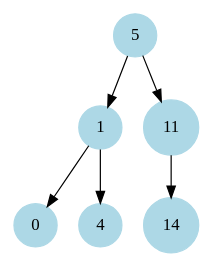
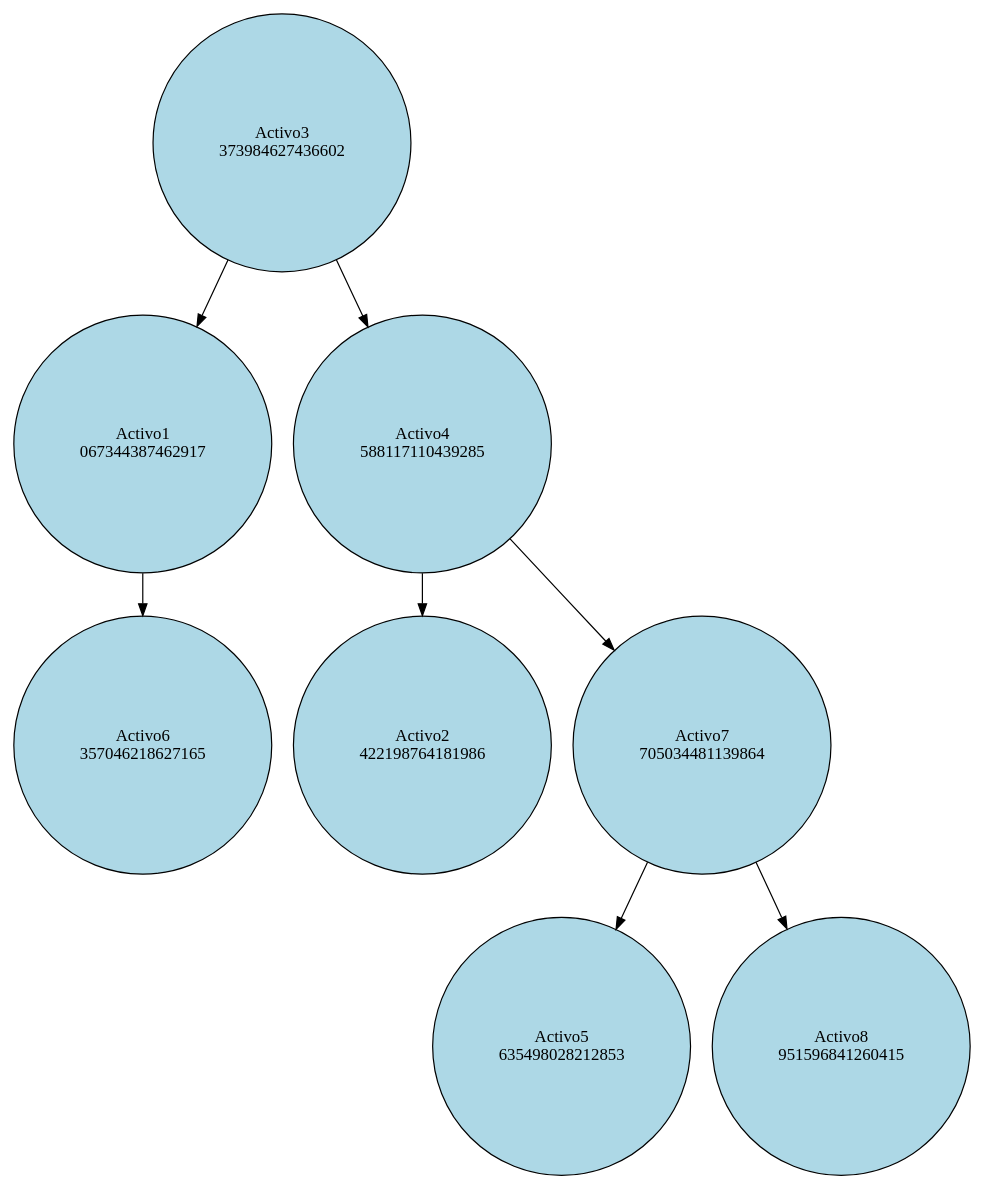
The diagram in cmake-build-debug/arbol.dot (Mlvin40/RentaDeActivos), drawn with Graphviz before and after one commit. The commit also changed 36 other files, not shown here.

```diff
--- a/cmake-build-debug/arbol.dot
+++ b/cmake-build-debug/arbol.dot
@@ -1,14 +1,18 @@
 digraph AVL {
-    node [shape=circle, style=filled, color=lightblue];
-    "5" [label="5"];
-    "5" -> "1";
-    "1" [label="1"];
-    "1" -> "0";
-    "0" [label="0"];
-    "1" -> "4";
-    "4" [label="4"];
-    "5" -> "11";
-    "11" [label="11"];
-    "11" -> "14";
-    "14" [label="14"];
+    node [shape=circle, style=filled];
+    "373984627436602" [label="Activo3\n373984627436602", fillcolor=lightblue];
+    "373984627436602" -> "067344387462917";
+    "067344387462917" [label="Activo1\n067344387462917", fillcolor=lightblue];
+    "067344387462917" -> "357046218627165";
+    "357046218627165" [label="Activo6\n357046218627165", fillcolor=lightblue];
+    "373984627436602" -> "588117110439285";
+    "588117110439285" [label="Activo4\n588117110439285", fillcolor=lightblue];
+    "588117110439285" -> "422198764181986";
+    "422198764181986" [label="Activo2\n422198764181986", fillcolor=lightblue];
+    "588117110439285" -> "705034481139864";
+    "705034481139864" [label="Activo7\n705034481139864", fillcolor=lightblue];
+    "705034481139864" -> "635498028212853";
+    "635498028212853" [label="Activo5\n635498028212853", fillcolor=lightblue];
+    "705034481139864" -> "951596841260415";
+    "951596841260415" [label="Activo8\n951596841260415", fillcolor=lightblue];
 }
```
